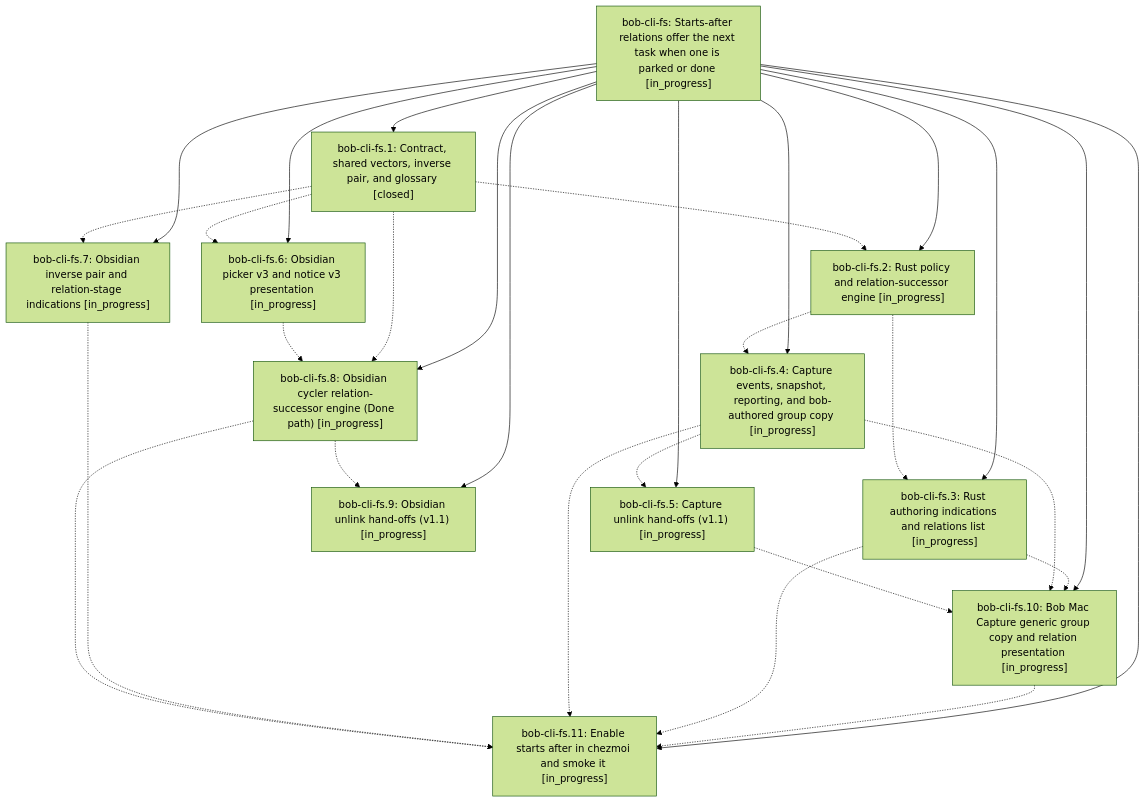
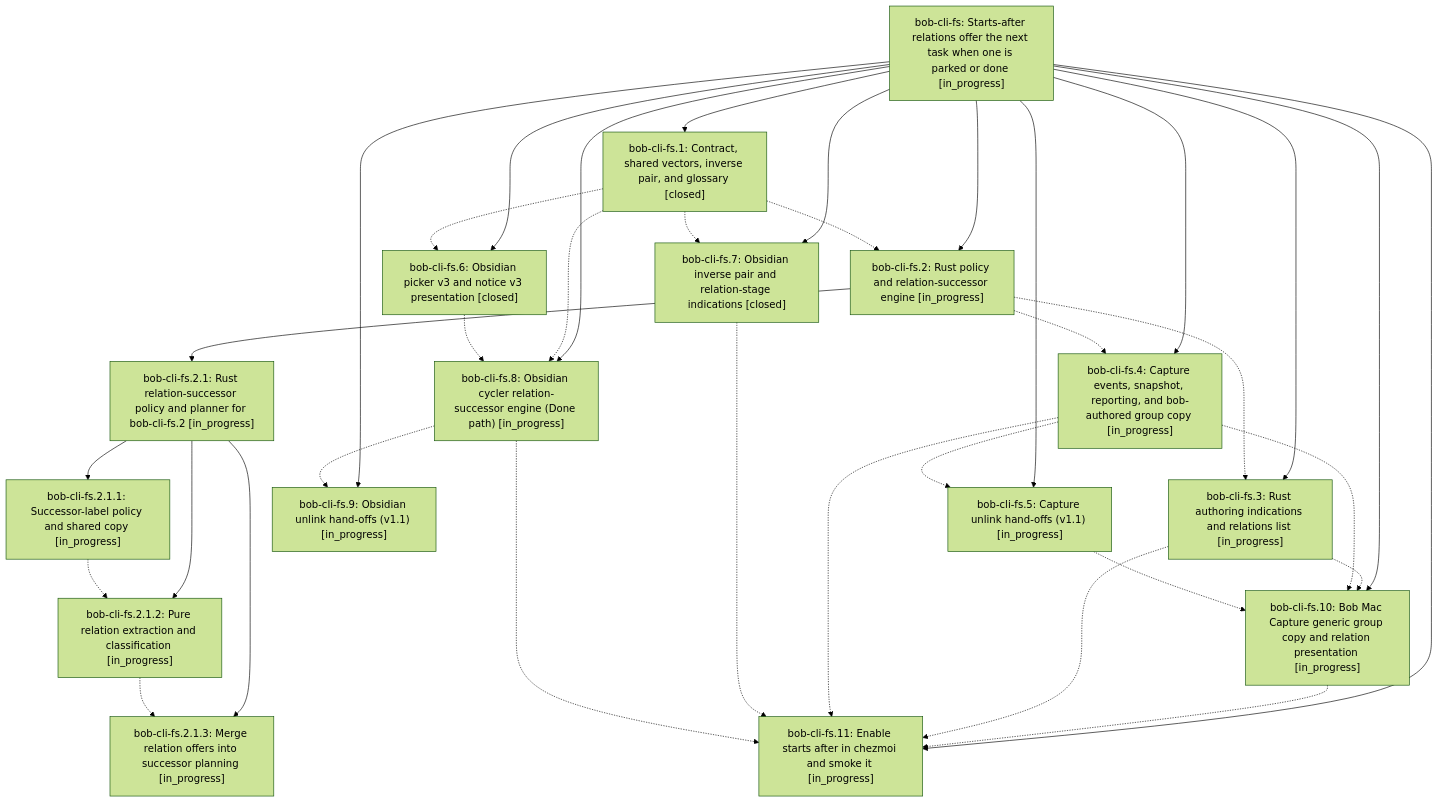
The diagram in pages/bob-cli-fs/README.md (bobs-org/bob-cli--beads), drawn with Mermaid (forest theme) before and after one commit. The commit also changed other lines of this file and 10 other files, not shown here.

First line of the commit message:
chore(beads): sync bead state and pages for bob-cli-fs

````diff
--- a/pages/bob-cli-fs/README.md
+++ b/pages/bob-cli-fs/README.md
@@ -32,43 +32,53 @@
 ```mermaid
 flowchart TD
     n0["bob-cli-fs: Starts-after relations offer the next task when one is parked or done [in_progress]"]
     n1["bob-cli-fs.1: Contract, shared vectors, inverse pair, and glossary [closed]"]
     n2["bob-cli-fs.10: Bob Mac Capture generic group copy and relation presentation [in_progress]"]
     n3["bob-cli-fs.11: Enable starts after in chezmoi and smoke it [in_progress]"]
     n4["bob-cli-fs.2: Rust policy and relation-successor engine [in_progress]"]
-    n5["bob-cli-fs.3: Rust authoring indications and relations list [in_progress]"]
-    n6["bob-cli-fs.4: Capture events, snapshot, reporting, and bob-authored group copy [in_progress]"]
-    n7["bob-cli-fs.5: Capture unlink hand-offs (v1.1) [in_progress]"]
-    n8["bob-cli-fs.6: Obsidian picker v3 and notice v3 presentation [in_progress]"]
-    n9["bob-cli-fs.7: Obsidian inverse pair and relation-stage indications [in_progress]"]
-    n10["bob-cli-fs.8: Obsidian cycler relation-successor engine (Done path) [in_progress]"]
-    n11["bob-cli-fs.9: Obsidian unlink hand-offs (v1.1) [in_progress]"]
+    n5["bob-cli-fs.2.1: Rust relation-successor policy and planner for bob-cli-fs.2 [in_progress]"]
+    n6["bob-cli-fs.2.1.1: Successor-label policy and shared copy [in_progress]"]
+    n7["bob-cli-fs.2.1.2: Pure relation extraction and classification [in_progress]"]
+    n8["bob-cli-fs.2.1.3: Merge relation offers into successor planning [in_progress]"]
+    n9["bob-cli-fs.3: Rust authoring indications and relations list [in_progress]"]
+    n10["bob-cli-fs.4: Capture events, snapshot, reporting, and bob-authored group copy [in_progress]"]
+    n11["bob-cli-fs.5: Capture unlink hand-offs (v1.1) [in_progress]"]
+    n12["bob-cli-fs.6: Obsidian picker v3 and notice v3 presentation [closed]"]
+    n13["bob-cli-fs.7: Obsidian inverse pair and relation-stage indications [closed]"]
+    n14["bob-cli-fs.8: Obsidian cycler relation-successor engine (Done path) [in_progress]"]
+    n15["bob-cli-fs.9: Obsidian unlink hand-offs (v1.1) [in_progress]"]
     n0 --> n1
     n0 --> n2
     n0 --> n3
     n0 --> n4
-    n0 --> n5
-    n0 --> n6
-    n0 --> n7
-    n0 --> n8
+    n4 --> n5
+    n5 --> n6
+    n5 --> n7
+    n5 --> n8
     n0 --> n9
     n0 --> n10
     n0 --> n11
+    n0 --> n12
+    n0 --> n13
+    n0 --> n14
+    n0 --> n15
     n1 -.-> n4
-    n1 -.-> n8
-    n1 -.-> n9
-    n1 -.-> n10
+    n1 -.-> n12
+    n1 -.-> n13
+    n1 -.-> n14
     n2 -.-> n3
-    n4 -.-> n5
-    n4 -.-> n6
-    n5 -.-> n2
-    n5 -.-> n3
-    n6 -.-> n2
-    n6 -.-> n3
+    n4 -.-> n9
+    n4 -.-> n10
     n6 -.-> n7
-    n7 -.-> n2
-    n8 -.-> n10
+    n7 -.-> n8
+    n9 -.-> n2
     n9 -.-> n3
+    n10 -.-> n2
     n10 -.-> n3
     n10 -.-> n11
+    n11 -.-> n2
+    n12 -.-> n14
+    n13 -.-> n3
+    n14 -.-> n3
+    n14 -.-> n15
 ```
````
